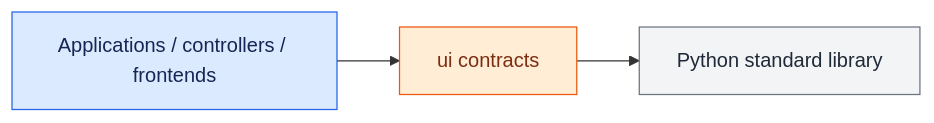
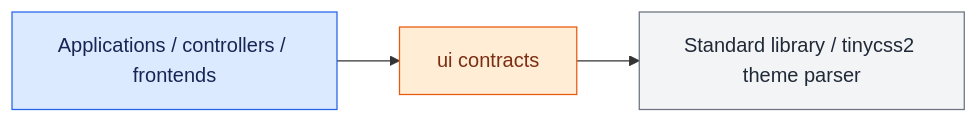
The diagram in ui/README.md (markisrt4/OpenRoadCode), drawn with Mermaid before and after one commit. The commit also changed other lines of this file and 101 other files, not shown here.

````diff
--- a/ui/README.md
+++ b/ui/README.md
@@ -20,14 +20,14 @@
 ```mermaid
 flowchart LR
-    users["Applications / controllers / frontends"] --> ui["ui contracts"] --> stdlib["Python standard library"]
+    users["Applications / controllers / frontends"] --> ui["ui contracts"] --> stdlib["Standard library / tinycss2 theme parser"]
 
     classDef orcApp fill:#dbeafe,stroke:#2563eb,color:#172554;
     classDef orcService fill:#ede9fe,stroke:#7c3aed,color:#2e1065;
     classDef orcController fill:#dcfce7,stroke:#16a34a,color:#14532d;
     classDef orcMessage fill:#ffedd5,stroke:#ea580c,color:#7c2d12;
     classDef orcAdapter fill:#fee2e2,stroke:#dc2626,color:#7f1d1d;
     classDef orcExternal fill:#f3f4f6,stroke:#6b7280,color:#1f2937;
     class users orcApp;
     class ui orcMessage;
     class stdlib orcExternal;
 ```
````
